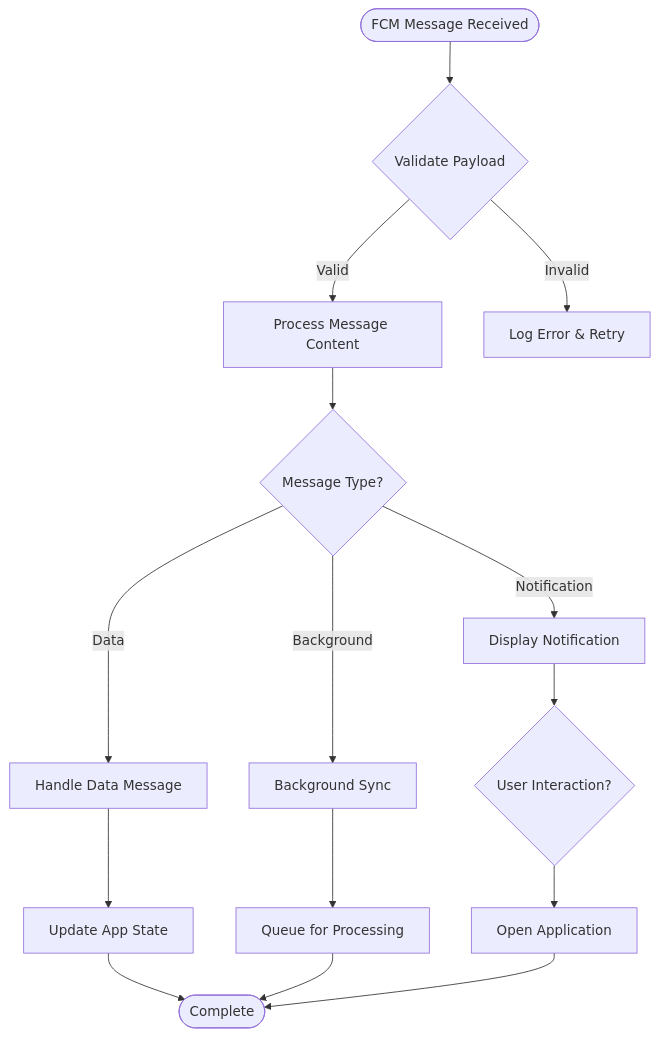
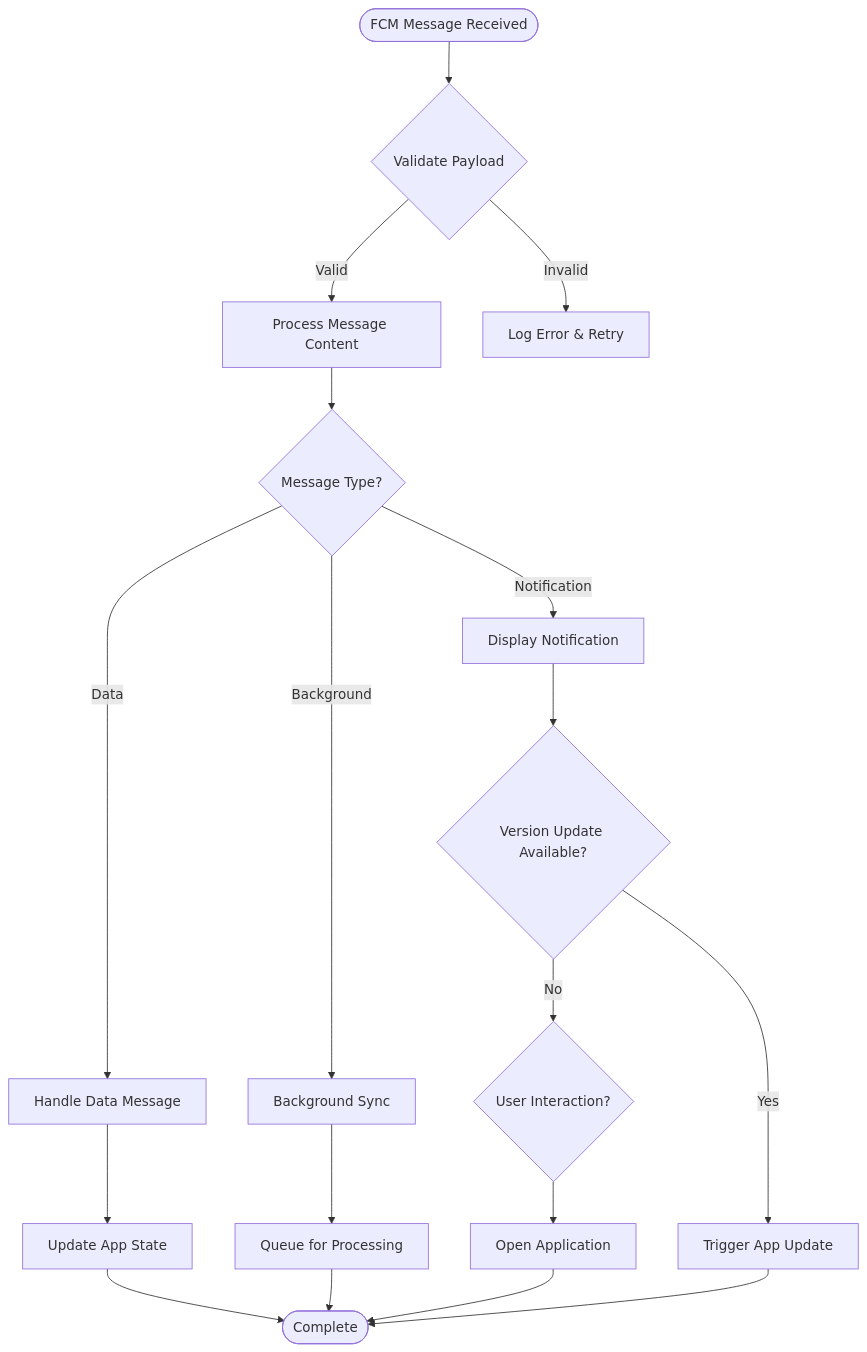
One commit to raihom-netizen/com.gestaoyahwehios.app changed the third of 8 diagrams in .qoder/repowiki/en/content/Web Platform/Web Platform.md. Above: the diagram before and after it, drawn with Mermaid. The commit also changed other lines of this file and 161 other files, not shown here.

````diff
--- a/.qoder/repowiki/en/content/Web Platform/Web Platform.md
+++ b/.qoder/repowiki/en/content/Web Platform/Web Platform.md
@@ -203,17 +216,20 @@
 ```mermaid
 flowchart TD
 Start(["FCM Message Received"]) --> Validate{"Validate Payload"}
 Validate --> |Valid| Process["Process Message Content"]
 Validate --> |Invalid| LogError["Log Error & Retry"]
 Process --> CheckType{"Message Type?"}
 CheckType --> |Notification| ShowNotification["Display Notification"]
 CheckType --> |Data| HandleData["Handle Data Message"]
 CheckType --> |Background| BackgroundSync["Background Sync"]
-ShowNotification --> UserAction{"User Interaction?"}
+ShowNotification --> CheckVersion{"Version Update Available?"}
 HandleData --> UpdateApp["Update App State"]
 BackgroundSync --> QueueMessages["Queue for Processing"]
+CheckVersion --> |Yes| TriggerUpdate["Trigger App Update"]
+CheckVersion --> |No| UserAction{"User Interaction?"}
 UserAction --> OpenApp["Open Application"]
 UpdateApp --> End(["Complete"])
 QueueMessages --> End
 OpenApp --> End
+TriggerUpdate --> End
 ```
````
